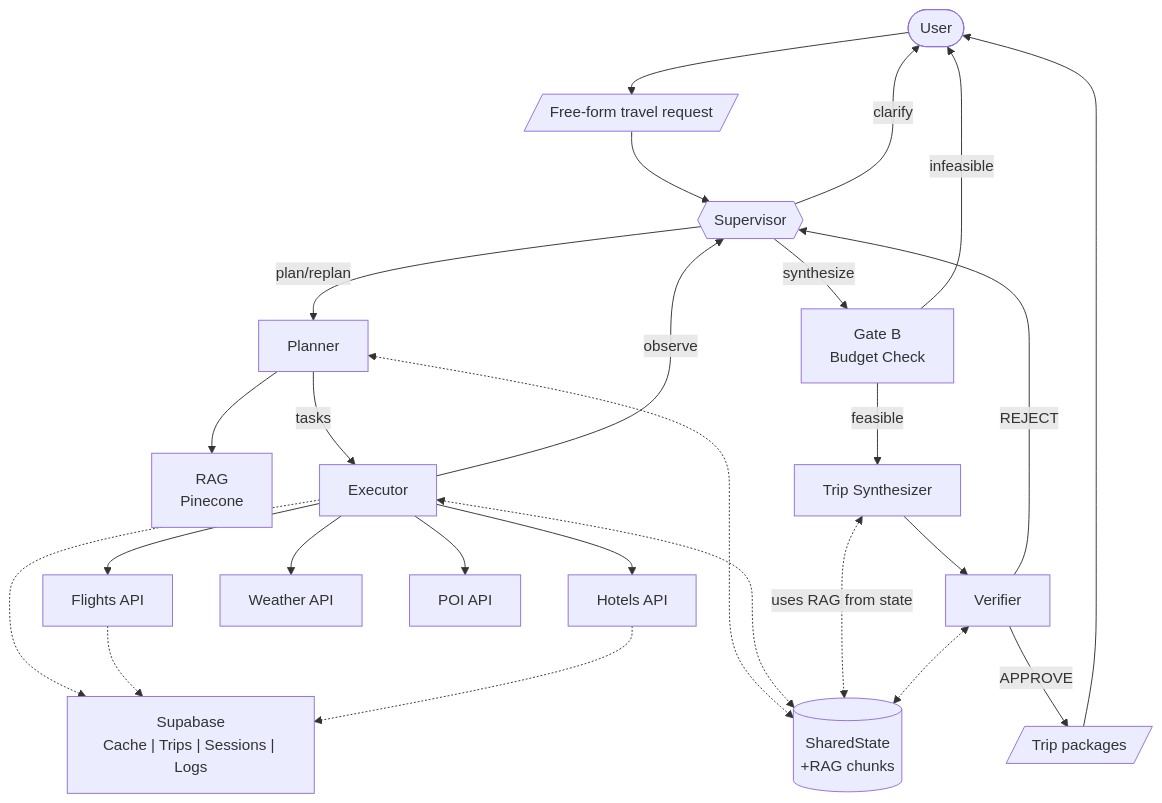
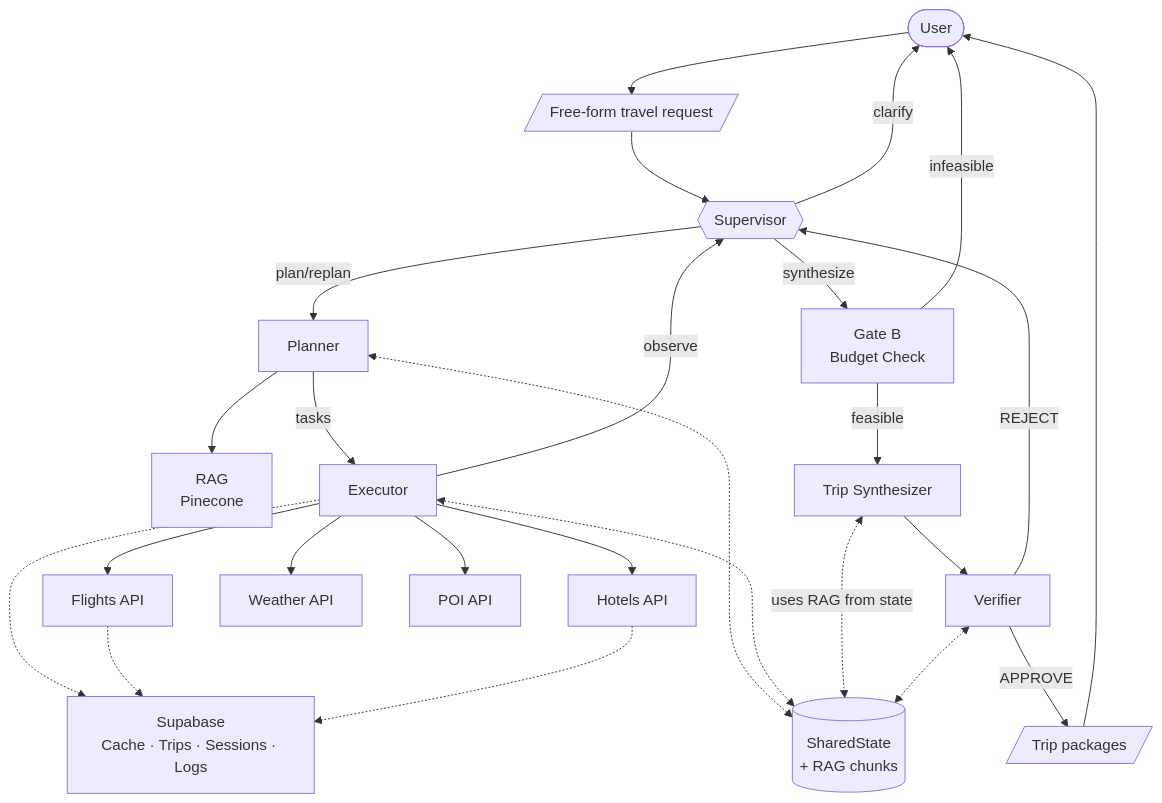
The diagram in README.md (ofekfuchs/ai-travel-agent), drawn with Mermaid before and after one commit. The commit also changed 2 other files, not shown here.

Commit message:
Mermaid: fix \n to <br/>; PNG: clearer layout, External APIs section, no overlap
Made-with: Cursor

````diff
--- a/README.md
+++ b/README.md
@@ -157,28 +157,28 @@
 ```mermaid
 flowchart TB
     User([User]) --> Prompt[/"Free-form travel request"/]
     Prompt --> Supervisor{{"Supervisor"}}
     Supervisor -->|plan/replan| Planner["Planner"]
     Supervisor -->|clarify| User
-    Supervisor -->|synthesize| GateB["Gate B\nBudget Check"]
-    Planner --> RAG["RAG\nPinecone"]
+    Supervisor -->|synthesize| GateB["Gate B<br/>Budget Check"]
+    Planner --> RAG["RAG<br/>Pinecone"]
     Planner -->|tasks| Executor["Executor"]
     Executor --> Flights["Flights API"]
     Executor --> Hotels["Hotels API"]
     Executor --> Weather["Weather API"]
     Executor --> POI["POI API"]
     Executor -->|observe| Supervisor
     GateB -->|feasible| Synthesizer["Trip Synthesizer"]
     GateB -->|infeasible| User
     Synthesizer --> Verifier["Verifier"]
     Verifier -->|APPROVE| Response[/"Trip packages"/]
     Verifier -->|REJECT| Supervisor
     Response --> User
-    Planner <-.-> State[("SharedState\n+RAG chunks")]
+    Planner <-.-> State[("SharedState<br/>+ RAG chunks")]
     Executor <-.-> State
     Synthesizer <-.->|"uses RAG from state"| State
     Verifier <-.-> State
-    Executor -.-> Supabase["Supabase\nCache | Trips | Sessions | Logs"]
+    Executor -.-> Supabase["Supabase<br/>Cache · Trips · Sessions · Logs"]
     Flights -.-> Supabase
     Hotels -.-> Supabase
 ```
````
